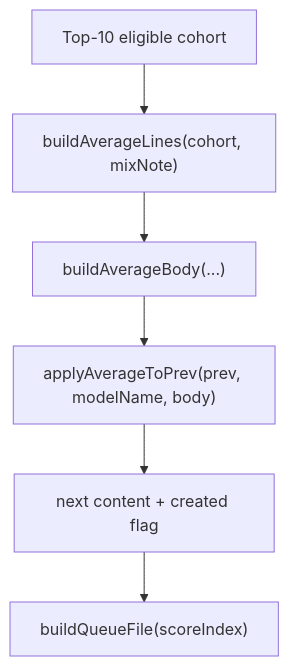
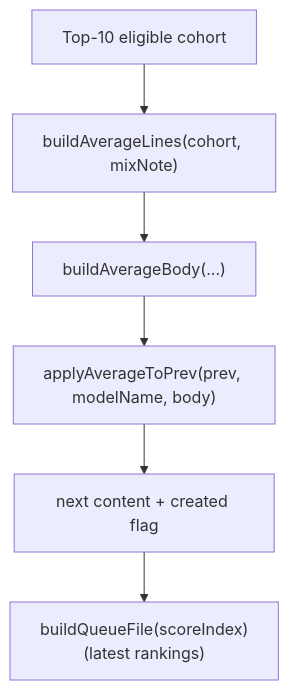
The seventh of 8 diagrams in .qoder/repowiki/en/content/Build & Development Pipeline/Build & Development Pipeline.md (delirium-dj/modelcomp), drawn with Mermaid before and after one commit. The commit also changed other lines of this file and 242 other files, not shown here.

First line of the commit message:
docs(pipeline): document batch operations and enhance model queue with rankings

````diff
--- a/.qoder/repowiki/en/content/Build & Development Pipeline/Build & Development Pipeline.md
+++ b/.qoder/repowiki/en/content/Build & Development Pipeline/Build & Development Pipeline.md
@@ -343,8 +364,8 @@
 ```mermaid
 flowchart TD
 Cohort["Top-10 eligible cohort"] --> Lines["buildAverageLines(cohort, mixNote)"]
 Lines --> Body["buildAverageBody(...)"]
 Body --> Merge["applyAverageToPrev(prev, modelName, body)"]
 Merge --> Result["next content + created flag"]
-Result --> Queue["buildQueueFile(scoreIndex)"]
+Result --> Queue["buildQueueFile(scoreIndex)<br/>(latest rankings)"]
 ```
````
